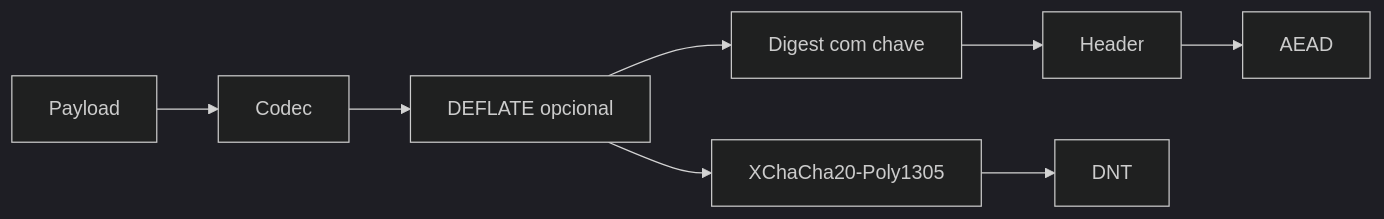
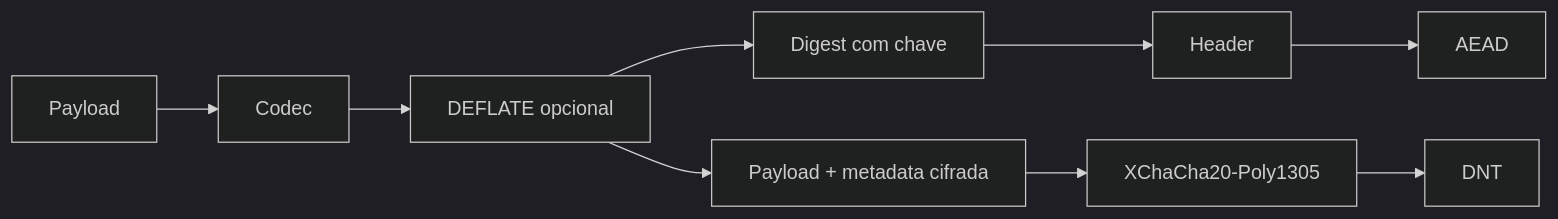
One commit to dnettoRaw/appcore-wiki changed the third of 3 diagrams in i18n/pt/docusaurus-plugin-content-docs/current/architecture/storage.md. Above: the diagram before and after it, drawn with Mermaid (dark theme). The commit also changed other lines of this file and 16 other files, not shown here.

````diff
--- a/i18n/pt/docusaurus-plugin-content-docs/current/architecture/storage.md
+++ b/i18n/pt/docusaurus-plugin-content-docs/current/architecture/storage.md
@@ -64,10 +75,11 @@
 ```mermaid
 flowchart LR
     Payload --> Codec
     Codec --> Compress[DEFLATE opcional]
     Compress --> Hash[Digest com chave]
     Hash --> Header
     Header --> AEAD
-    Compress --> Encrypt[XChaCha20-Poly1305]
+    Compress --> Plaintext[Payload + metadata cifrada]
+    Plaintext --> Encrypt[XChaCha20-Poly1305]
     Encrypt --> Envelope[DNT]
 ```
````
